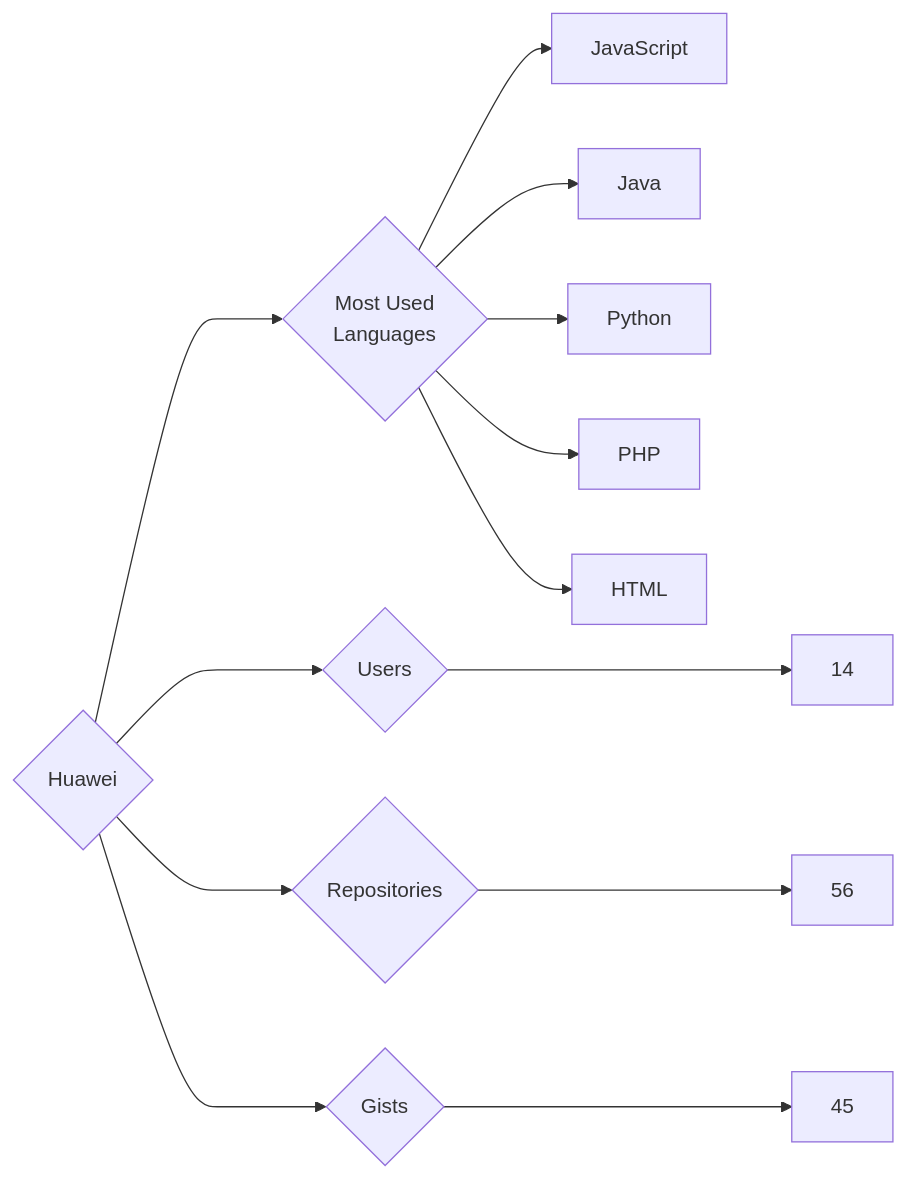
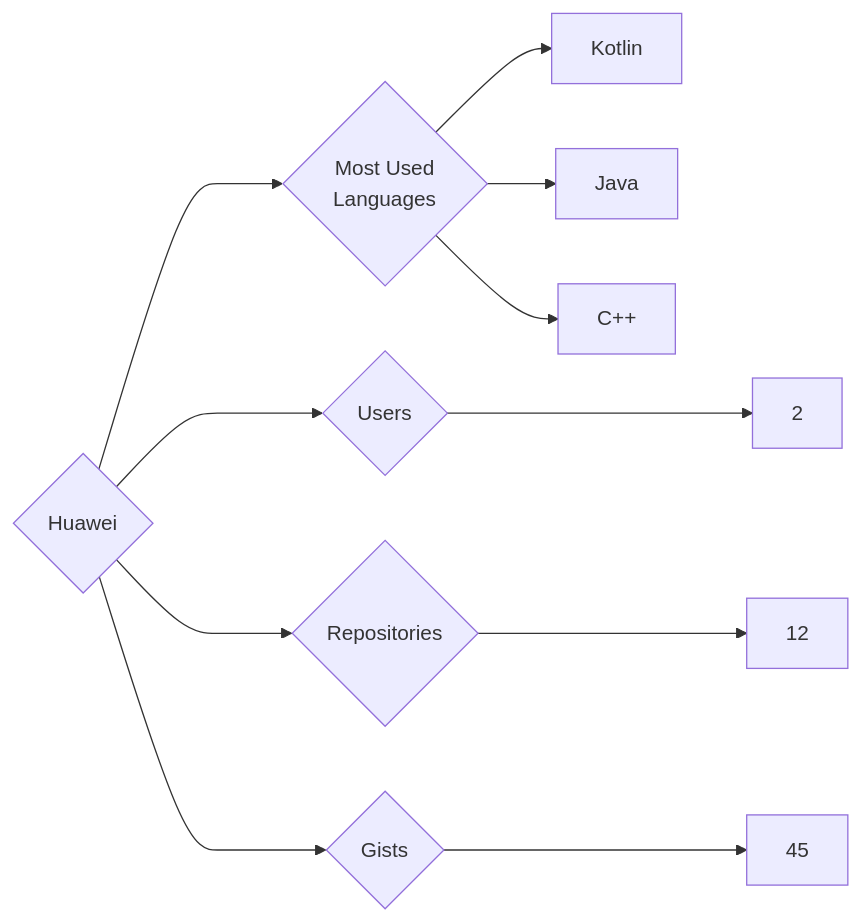
One commit to trickest/insiders changed the diagram in targets/Huawei/README.md. Above: the diagram before and after it, drawn with Mermaid. The commit also changed 873 other files, not shown here.

````diff
--- a/targets/Huawei/README.md
+++ b/targets/Huawei/README.md
@@ -3,13 +3,11 @@
 ```mermaid
 graph LR
 COMPANY_NAME{Huawei}
-COMPANY_NAME ---> U{Users} ---> UN[14]
-COMPANY_NAME ---> R{Repositories} ---> RN[56]
+COMPANY_NAME ---> U{Users} ---> UN[2]
+COMPANY_NAME ---> R{Repositories} ---> RN[12]
 COMPANY_NAME ---> G{Gists} ---> GN[45]
 COMPANY_NAME ---> ML{Most Used<br>Languages}
-ML --> JavaScript[JavaScript]
+ML --> Kotlin[Kotlin]
 ML --> Java[Java]
-ML --> Python[Python]
-ML --> PHP[PHP]
-ML --> HTML[HTML]
+ML --> C++[C++]
 ```
````
